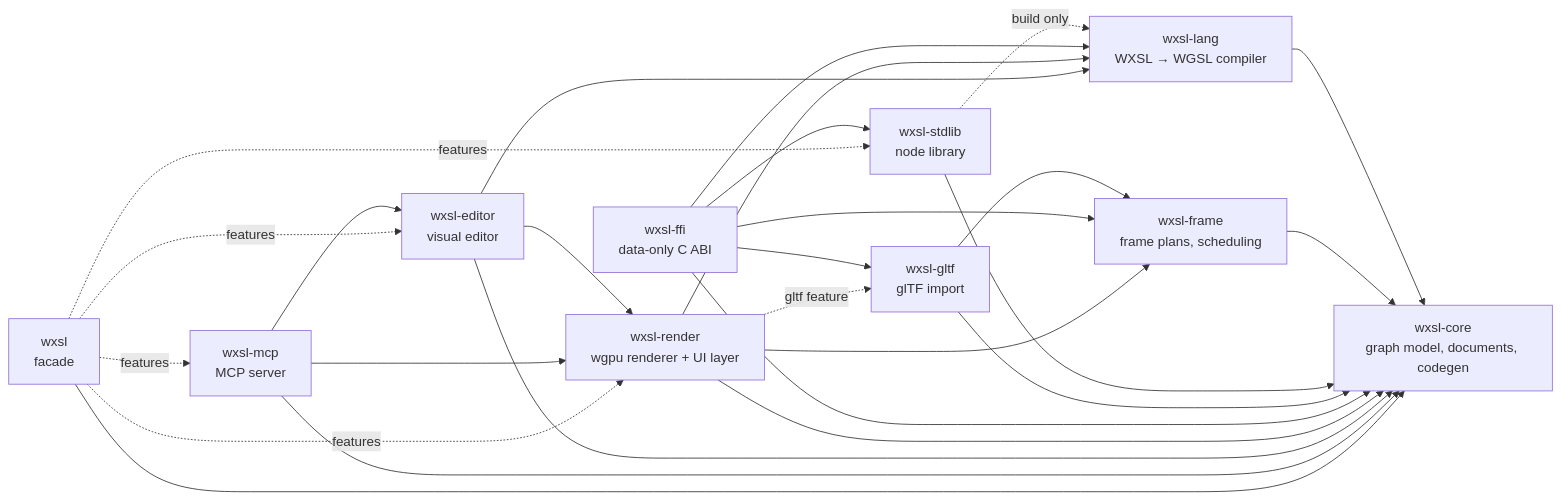
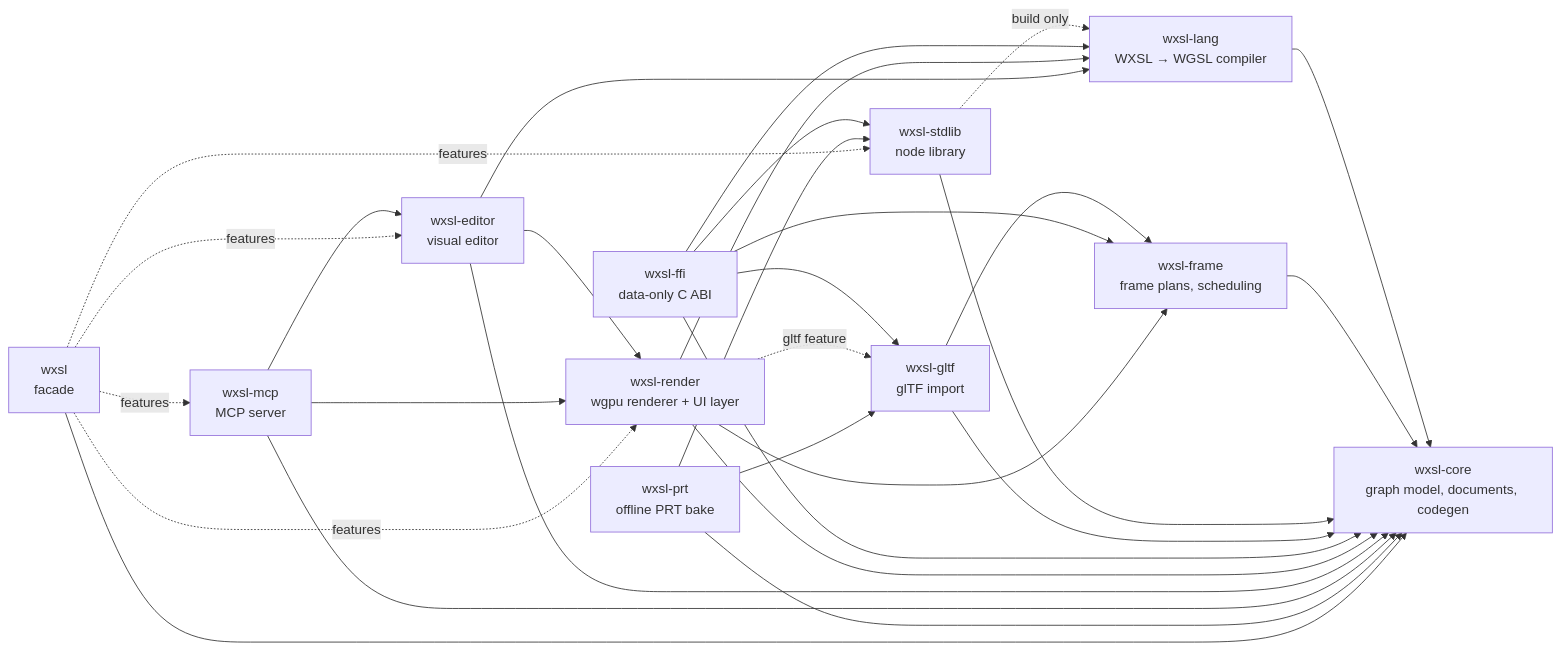
One commit to lapiequichante/wesloom changed the diagram in docs/architecture.md. Above: the diagram before and after it, drawn with Mermaid. The commit also changed other lines of this file and 42 other files, not shown here.

````diff
--- a/docs/architecture.md
+++ b/docs/architecture.md
@@ -20,26 +20,28 @@
 ```mermaid
 graph LR
     core["wxsl-core<br/>graph model, documents, codegen"]
     lang["wxsl-lang<br/>WXSL → WGSL compiler"]
     frame["wxsl-frame<br/>frame plans, scheduling"]
     ffi["wxsl-ffi<br/>data-only C ABI"]
     stdlib["wxsl-stdlib<br/>node library"]
     gltf["wxsl-gltf<br/>glTF import"]
     render["wxsl-render<br/>wgpu renderer + UI layer"]
     editor["wxsl-editor<br/>visual editor"]
     mcp["wxsl-mcp<br/>MCP server"]
+    prt["wxsl-prt<br/>offline PRT bake"]
     facade["wxsl<br/>facade"]
 
     lang --> core
     frame --> core
     stdlib --> core
     stdlib -. "build only" .-> lang
     gltf --> core & frame
     ffi --> core & frame & lang & stdlib & gltf
     render --> core & frame & lang
     render -. "gltf feature" .-> gltf
     editor --> core & render & lang
     mcp --> core & editor & render
+    prt --> core & gltf & stdlib
     facade --> core
     facade -. features .-> render & editor & stdlib & mcp
 ```
````
